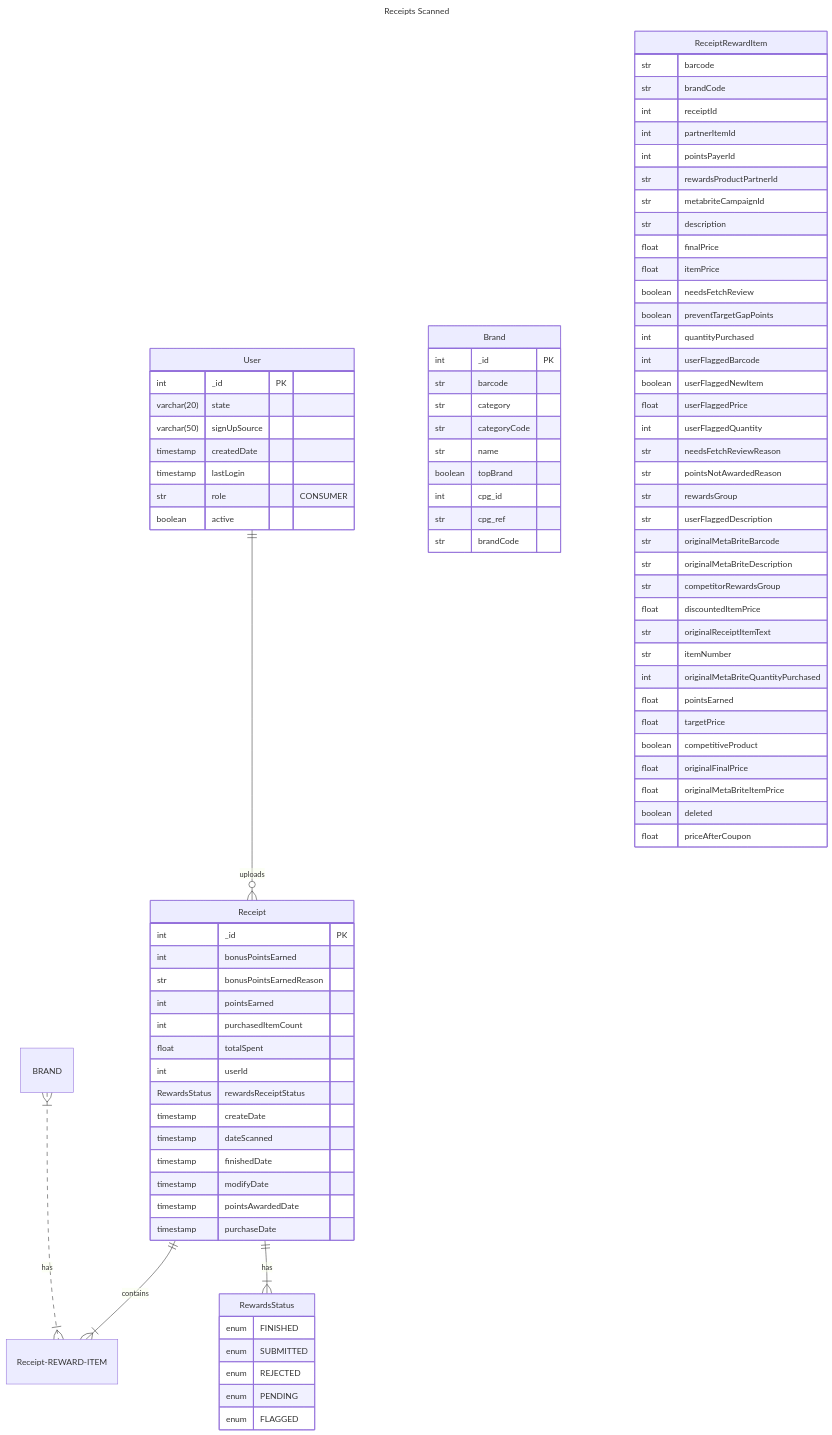
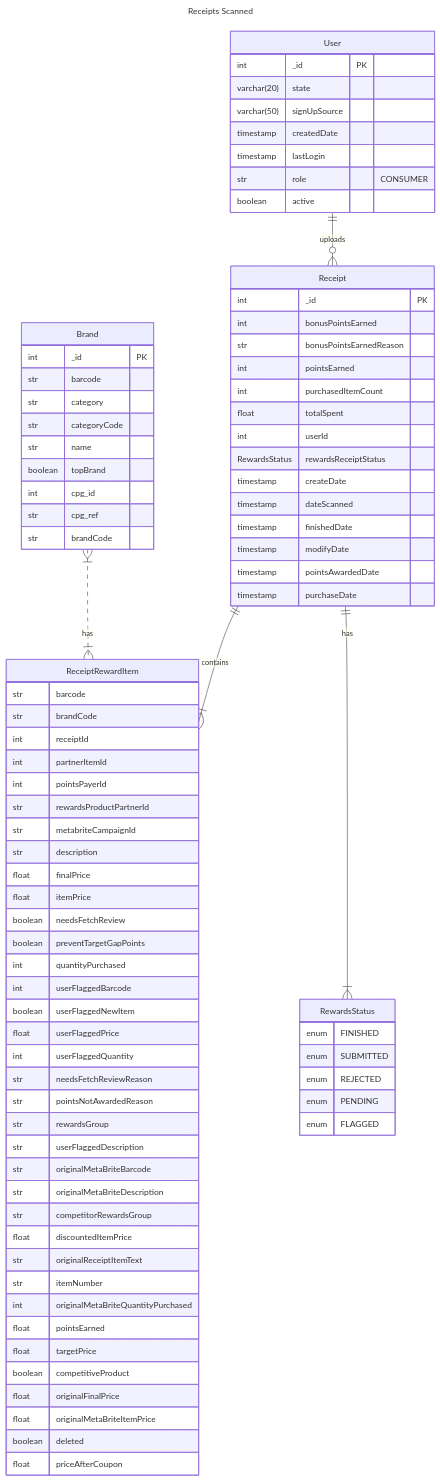
Before and after one commit to janelawrence/fetch-assignment: the diagram in README.md, drawn with Mermaid.

Commit message:
add fields

```diff
--- a/README.md
+++ b/README.md
@@ -9,9 +9,9 @@
 ---
 erDiagram
     User ||--o{ Receipt : uploads
-    Receipt ||--|{ Receipt-REWARD-ITEM : contains
+    Receipt ||--|{ ReceiptRewardItem : contains
     Receipt ||--|{ RewardsStatus: has
-    BRAND }|..|{ Receipt-REWARD-ITEM : has
+    Brand }|..|{ ReceiptRewardItem : has
 
     User {
         int _id PK
```
